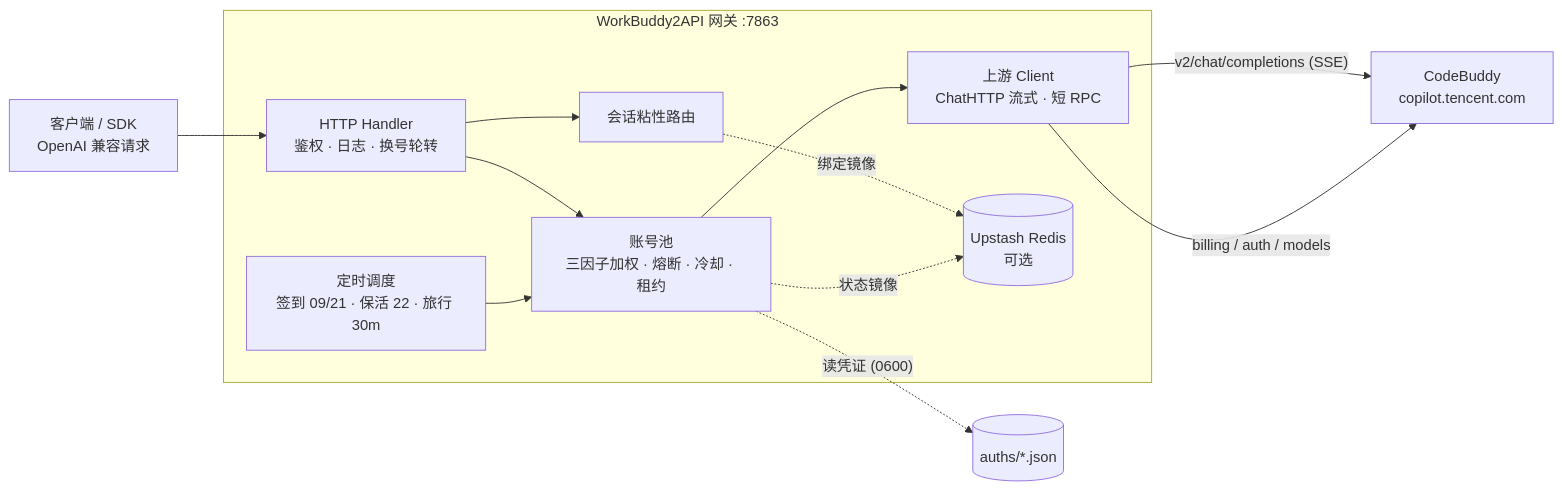
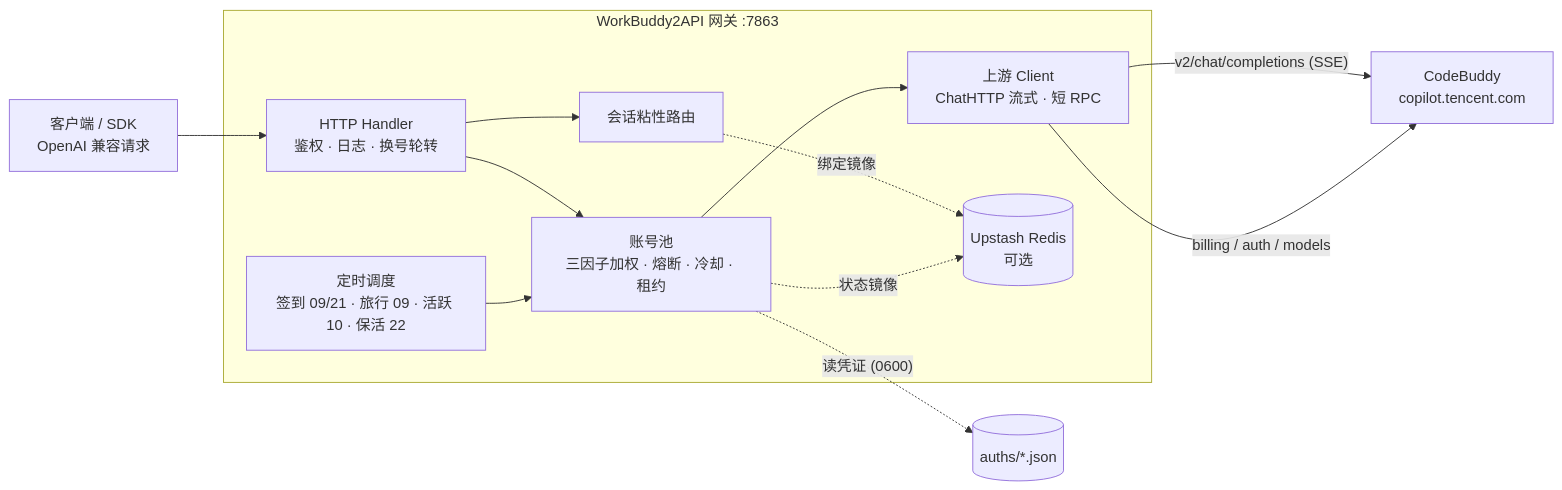
The diagram in README.md (aaliang319-source/workbuddy2apinew), drawn with Mermaid before and after one commit. The commit also changed other lines of this file and 2 other files, not shown here.

````diff
--- a/README.md
+++ b/README.md
@@ -48,18 +48,18 @@
 ```mermaid
 flowchart LR
     Client["客户端 / SDK\nOpenAI 兼容请求"] --> H
 
     subgraph GWI["WorkBuddy2API 网关 :7863"]
         H["HTTP Handler\n鉴权 · 日志 · 换号轮转"] --> P
         H --> S
         P["账号池\n三因子加权 · 熔断 · 冷却 · 租约"] --> U
         S["会话粘性路由"] -.绑定镜像.-> REDIS
-        T["定时调度\n签到 09/21 · 保活 22 · 旅行 30m"] --> P
+        T["定时调度\n签到 09/21 · 旅行 09 · 活跃 10 · 保活 22"] --> P
         U["上游 Client\nChatHTTP 流式 · 短 RPC"]
     end
 
     P -. "读凭证 (0600)" .-> AUTH[("auths/*.json")]
     P -. "状态镜像" .-> REDIS[("Upstash Redis\n可选")]
     U -->|"v2/chat/completions (SSE)"| CB["CodeBuddy\ncopilot.tencent.com"]
     U -->|"billing / auth / models"| CB
 ```
````
